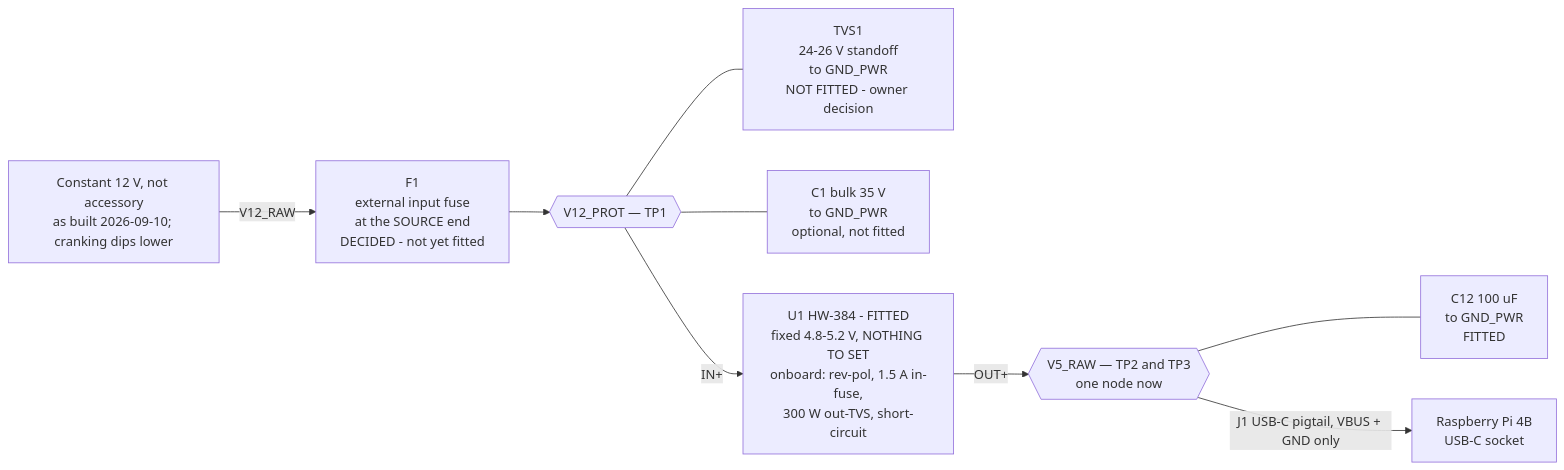
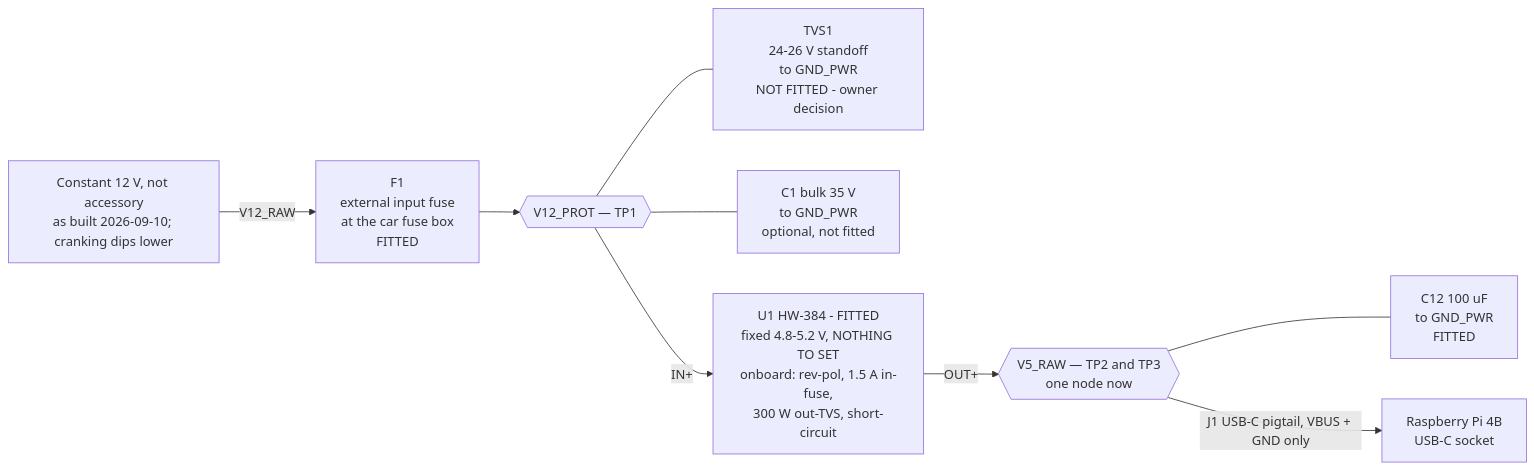
One commit to chrumck/KnurLogger changed the second of 3 diagrams in Hardware/logger-perfboard-wiring.md. Above: the diagram before and after it, drawn with Mermaid. The commit also changed other lines of this file and 4 other files, not shown here.

````diff
--- a/Hardware/logger-perfboard-wiring.md
+++ b/Hardware/logger-perfboard-wiring.md
@@ -246,12 +252,12 @@
 ```mermaid
 flowchart LR
     SRC["Constant 12 V, not accessory<br/>as built 2026-09-10; cranking dips lower"]
-    SRC -->|V12_RAW| F1["F1<br/>external input fuse<br/>at the SOURCE end<br/>DECIDED - not yet fitted"]
+    SRC -->|V12_RAW| F1["F1<br/>external input fuse<br/>at the car fuse box<br/>FITTED"]
     F1 --> JP{{"V12_PROT — TP1"}}
     JP --- TVS1["TVS1<br/>24-26 V standoff<br/>to GND_PWR<br/>NOT FITTED - owner decision"]
     JP --- C1["C1 bulk 35 V<br/>to GND_PWR<br/>optional, not fitted"]
     JP -->|"IN+"| U1["U1 HW-384 - FITTED<br/>fixed 4.8-5.2 V, NOTHING TO SET<br/>onboard: rev-pol, 1.5 A in-fuse,<br/>300 W out-TVS, short-circuit"]
     U1 -->|"OUT+"| JF{{"V5_RAW — TP2 and TP3<br/>one node now"}}
     JF --- C12["C12 100 uF<br/>to GND_PWR<br/>FITTED"]
     JF -->|"J1 USB-C pigtail, VBUS + GND only"| PI["Raspberry Pi 4B<br/>USB-C socket"]
 ```
````
